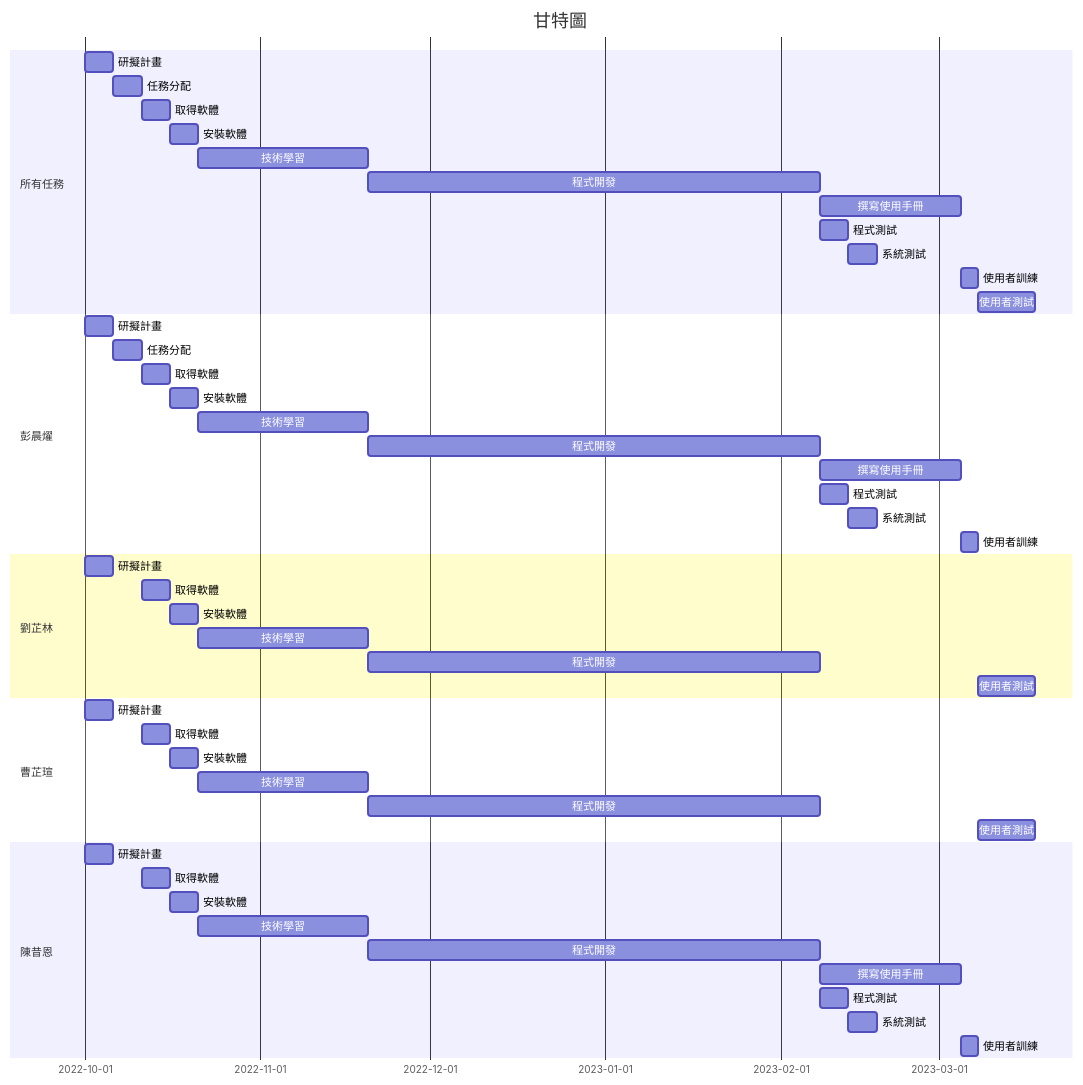
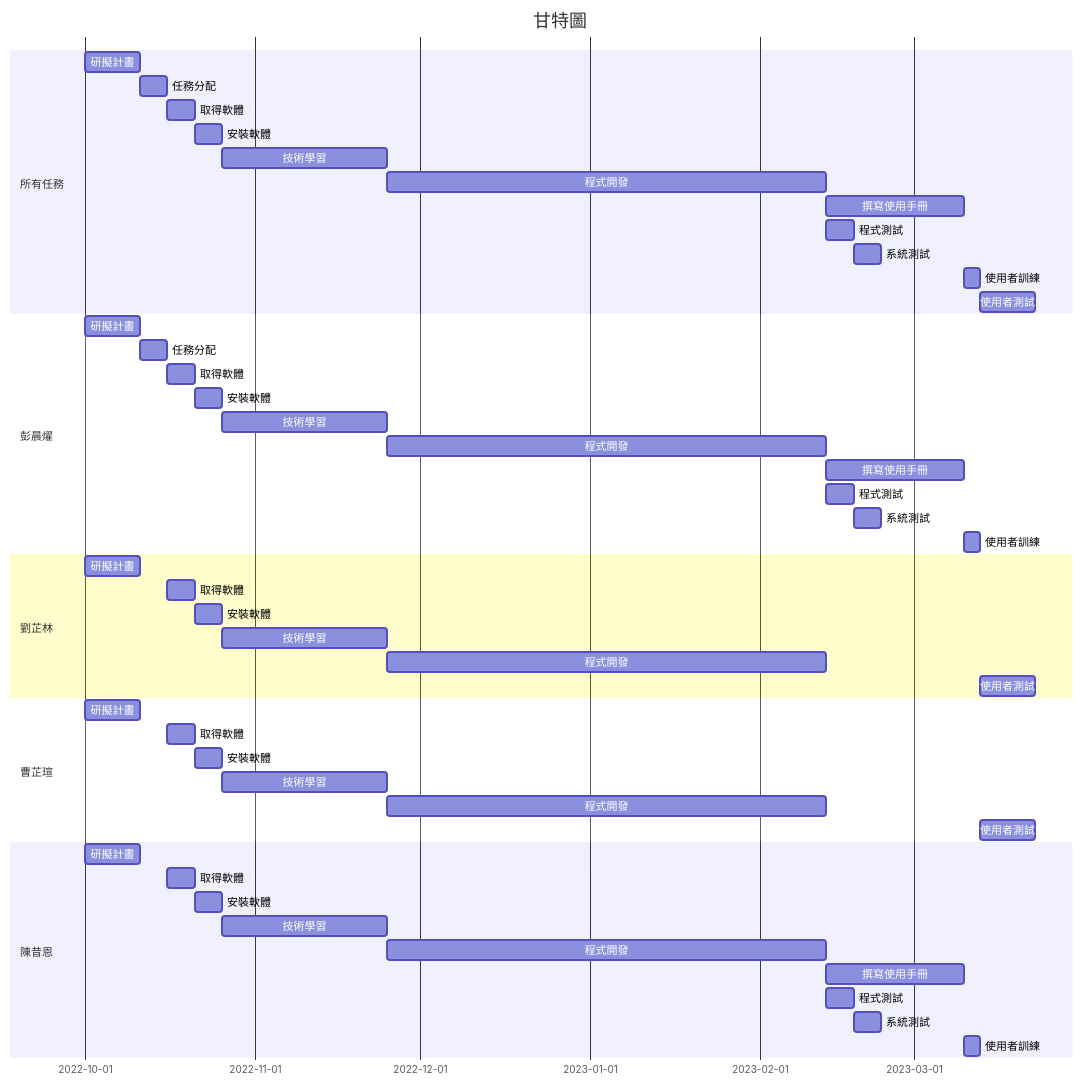
Before and after one commit to David74091/-systemAnalizeDesign: the diagram in Group13/group13.md, drawn with Mermaid.

````diff
--- a/Group13/group13.md
+++ b/Group13/group13.md
@@ -20,52 +20,52 @@
 ```mermaid
 gantt
     title 甘特圖
     dateFormat  YYYY-MM-DD
     section 所有任務
-    研擬計畫: a1, 2022-09-31, 5d
+    研擬計畫: a1, 2022-09-31, 10d
     任務分配: a2,after a1, 5d
     取得軟體: a3, after a2, 5d
     安裝軟體: a4, after a3, 5d
     技術學習: a5, after a4, 30d
     程式開發: a6, after a5, 80d
     撰寫使用手冊: a7, after a6, 25d
     程式測試: a8, after a6, 5d
     系統測試: a9, after a8, 5d
     使用者訓練: a10, after a7, 3d
     使用者測試: a11, after a10, 10d 
     section 彭晨燿
-    研擬計畫: a1, 2022-09-31, 5d
+    研擬計畫: a1, 2022-09-31, 10d
     任務分配: a2,after a1, 5d
     取得軟體: a3, after a2, 5d
     安裝軟體: a4, after a3, 5d
     技術學習: a5, after a4, 30d
     程式開發: a6, after a5, 80d
     撰寫使用手冊: a7, after a6, 25d
     程式測試: a8, after a6, 5d
     系統測試: a9, after a8, 5d
     使用者訓練: a10, after a7, 3d
     section 劉芷林
-    研擬計畫: a1, 2022-09-31, 5d
+    研擬計畫: a1, 2022-09-31, 10d
     取得軟體: a3, after a2, 5d
     安裝軟體: a4, after a3, 5d
     技術學習: a5, after a4, 30d
     程式開發: a6, after a5, 80d
     使用者測試: a11, after a10, 10d 
     section 曹芷瑄
-    研擬計畫: a1, 2022-09-31, 5d
+    研擬計畫: a1, 2022-09-31, 10d
     取得軟體: a3, after a2, 5d
     安裝軟體: a4, after a3, 5d
     技術學習: a5, after a4, 30d
     程式開發: a6, after a5, 80d
     使用者測試: a11, after a10, 10d 
     section 陳昔恩
-    研擬計畫: a1, 2022-09-31, 5d
+    研擬計畫: a1, 2022-09-31, 10d
     取得軟體: a3, after a2, 5d
     安裝軟體: a4, after a3, 5d
     技術學習: a5, after a4, 30d
     程式開發: a6, after a5, 80d
     撰寫使用手冊: a7, after a6, 25d
     程式測試: a8, after a6, 5d
     系統測試: a9, after a8, 5d
     使用者訓練: a10, after a7, 3d
    ```
````
